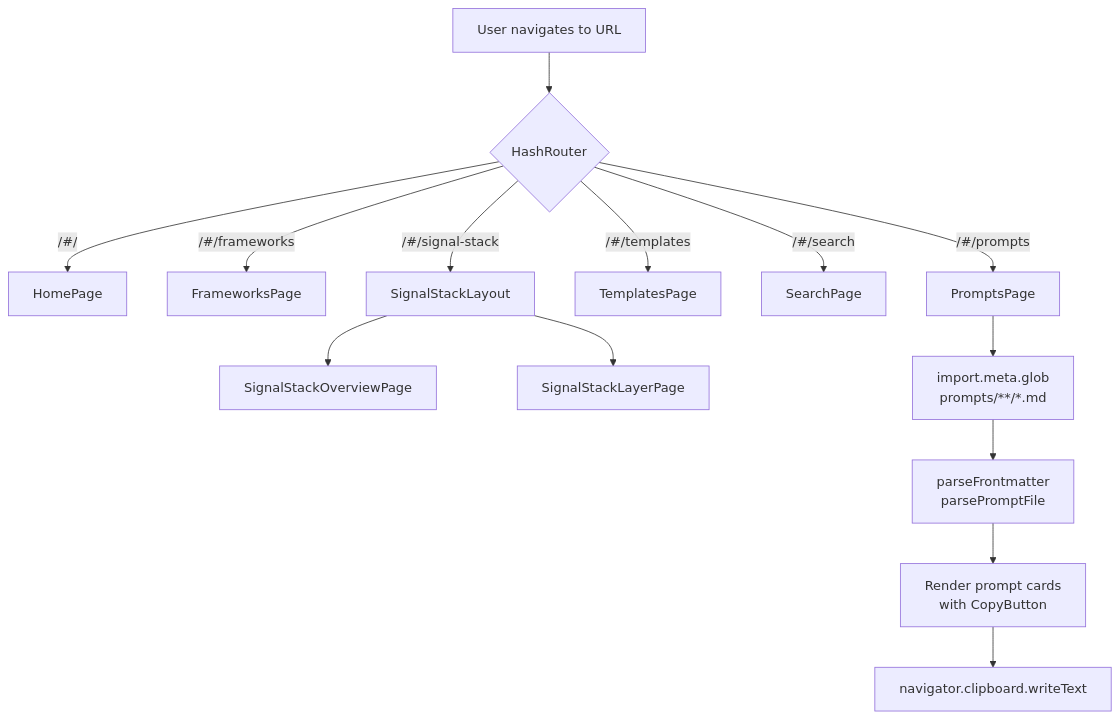
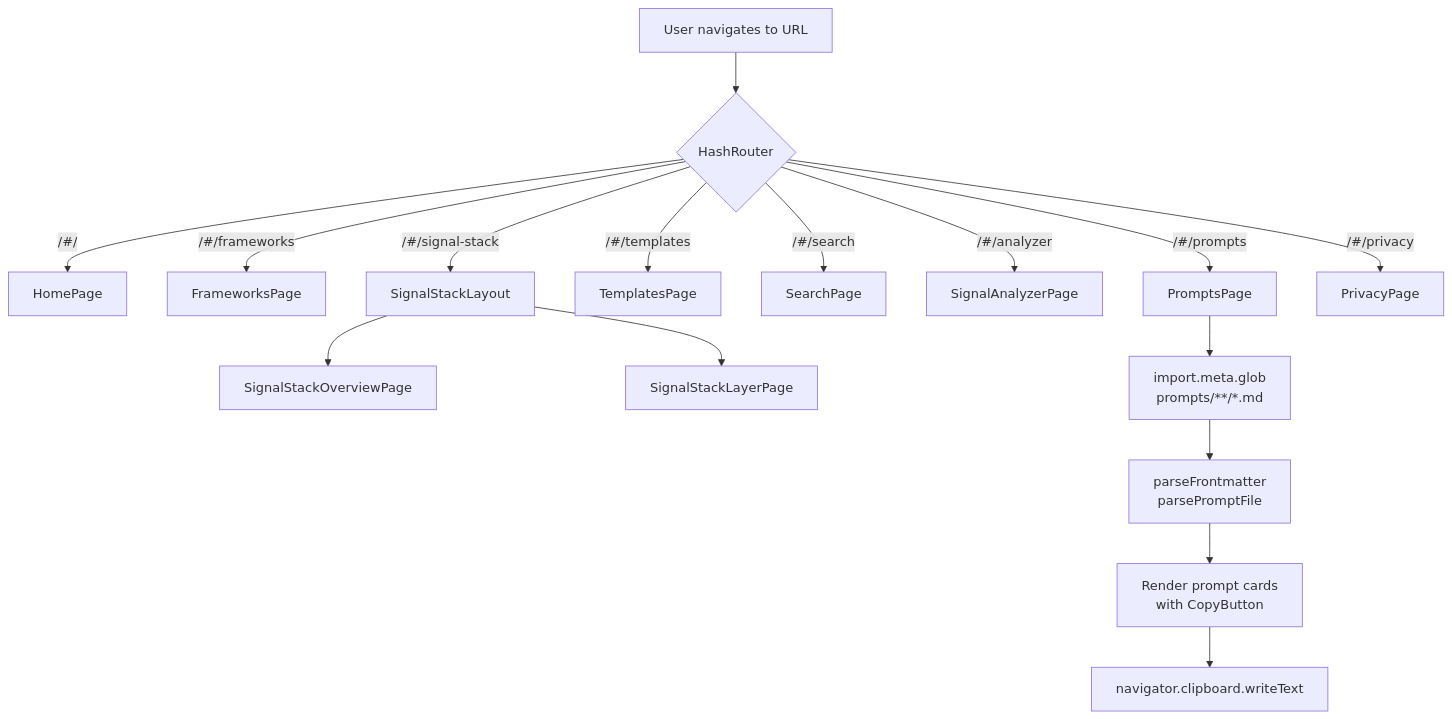
Before and after one commit to invisible-signals/invisible-signals: the first of 2 diagrams in .github/architecture.md, drawn with Mermaid. The commit also changed other lines of this file and 16 other files, not shown here.

Commit message:
feat: implement CopyButton, PageHeader, and TagChip components; enhance PromptsPage, TemplatesPage, and FrameworksPage with new components; update architecture and testing documentation

````diff
--- a/.github/architecture.md
+++ b/.github/architecture.md
@@ -89,17 +103,19 @@
 ```mermaid
 flowchart TD
     A[User navigates to URL] --> B{HashRouter}
     B -->|/#/| C[HomePage]
     B -->|/#/frameworks| D[FrameworksPage]
     B -->|/#/prompts| E[PromptsPage]
     B -->|/#/templates| F[TemplatesPage]
     B -->|/#/search| G[SearchPage]
+    B -->|/#/analyzer| I2[SignalAnalyzerPage]
     B -->|/#/signal-stack| H[SignalStackLayout]
     H --> H1[SignalStackOverviewPage]
     H --> H2[SignalStackLayerPage]
+    B -->|/#/privacy| P[PrivacyPage]
 
     E --> I[import.meta.glob\nprompts/**/*.md]
     I --> J[parseFrontmatter\nparsePromptFile]
     J --> K[Render prompt cards\nwith CopyButton]
     K --> L[navigator.clipboard.writeText]
 ```
````
